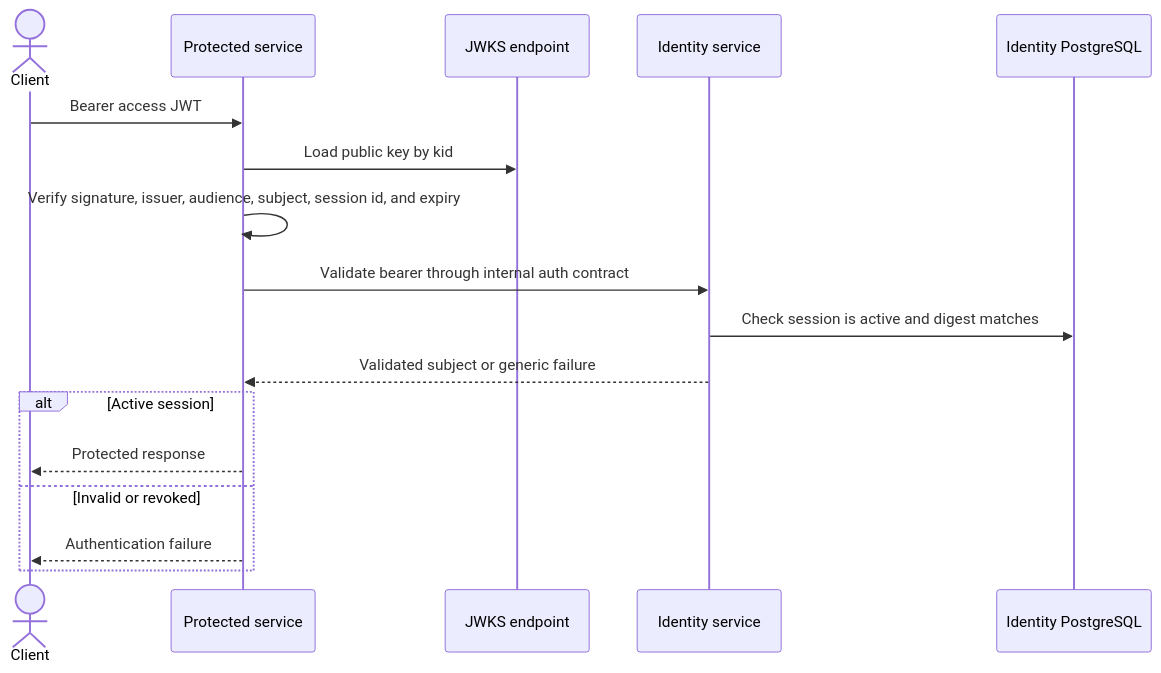
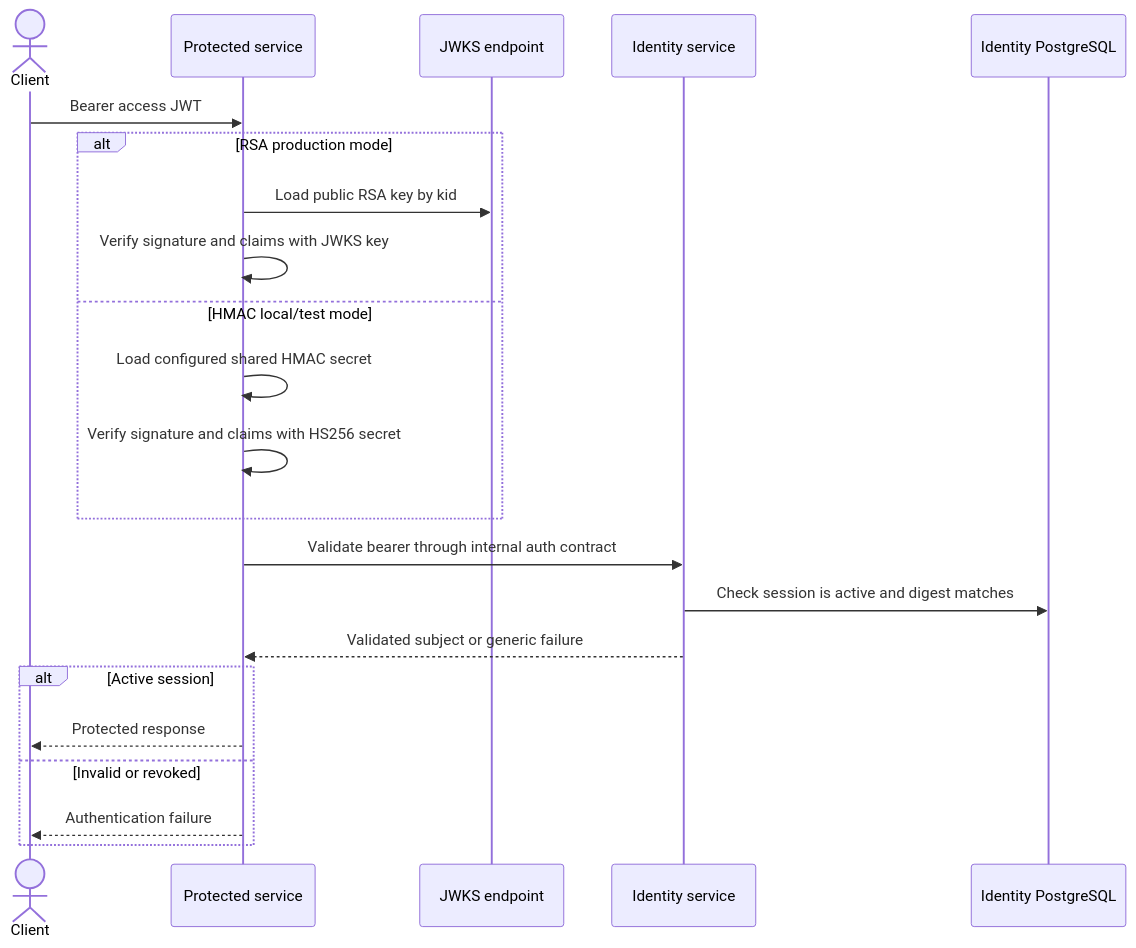
One commit to tdespenza/lifeos changed the third of 4 diagrams in docs/diagrams/identity-jwt.md. Above: the diagram before and after it, drawn with Mermaid. The commit also changed other lines of this file and 12 other files, not shown here.

````diff
--- a/docs/diagrams/identity-jwt.md
+++ b/docs/diagrams/identity-jwt.md
@@ -59,20 +60,25 @@
 ```mermaid
 sequenceDiagram
     actor Client
     participant Service as Protected service
     participant JWKS as JWKS endpoint
     participant Identity as Identity service
     participant DB as Identity PostgreSQL
 
     Client->>Service: Bearer access JWT
-    Service->>JWKS: Load public key by kid
-    Service->>Service: Verify signature, issuer, audience, subject, session id, and expiry
+    alt RSA production mode
+        Service->>JWKS: Load public RSA key by kid
+        Service->>Service: Verify signature and claims with JWKS key
+    else HMAC local/test mode
+        Service->>Service: Load configured shared HMAC secret
+        Service->>Service: Verify signature and claims with HS256 secret
+    end
     Service->>Identity: Validate bearer through internal auth contract
     Identity->>DB: Check session is active and digest matches
     Identity-->>Service: Validated subject or generic failure
     alt Active session
         Service-->>Client: Protected response
     else Invalid or revoked
         Service-->>Client: Authentication failure
     end
 ```
````
